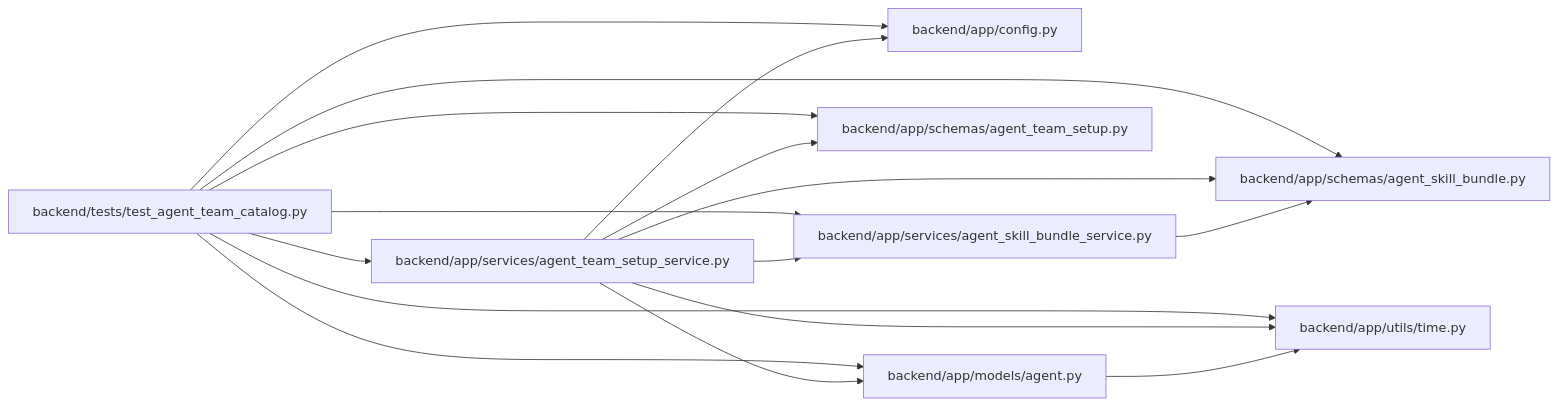
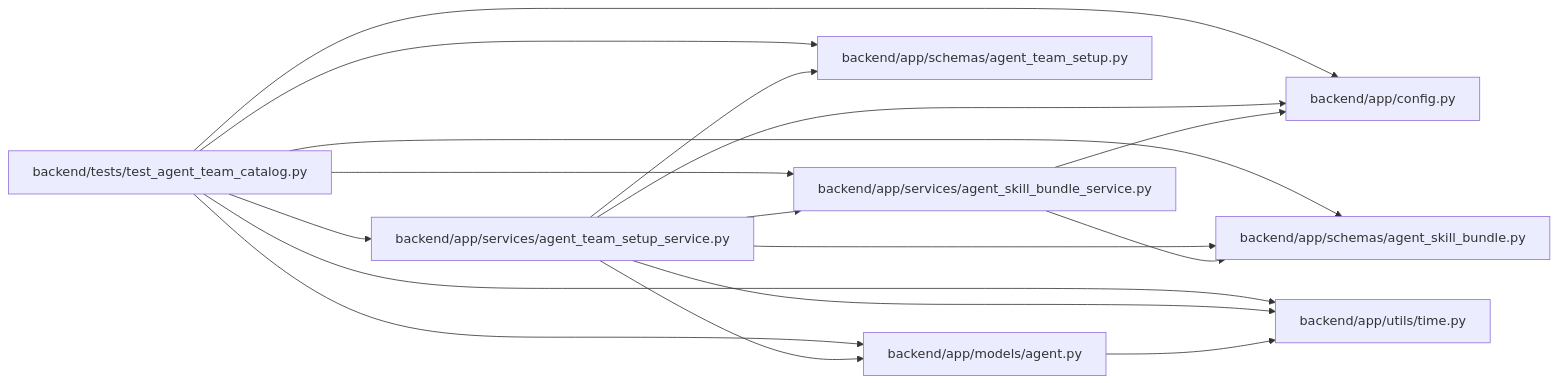
One commit to Denissvgn/WorkChord changed the diagram in docs/llm_wiki/modules/test_agent_team_catalog.md. Above: the diagram before and after it, drawn with Mermaid. The commit also changed 25171 other files, not shown here.

````diff
--- a/docs/llm_wiki/modules/test_agent_team_catalog.md
+++ b/docs/llm_wiki/modules/test_agent_team_catalog.md
@@ -31,34 +31,35 @@
 ```mermaid
 flowchart LR
     n0["backend/app/config.py"]
     n1["backend/app/models/agent.py"]
     n2["backend/app/schemas/agent_skill_bundle.py"]
     n3["backend/app/schemas/agent_team_setup.py"]
     n4["backend/app/services/agent_skill_bundle_service.py"]
     n5["backend/app/services/agent_team_setup_service.py"]
     n6["backend/app/utils/time.py"]
     n7["backend/tests/test_agent_team_catalog.py"]
     n1 --> n6
+    n4 --> n0
     n4 --> n2
     n5 --> n0
     n5 --> n1
     n5 --> n2
     n5 --> n3
     n5 --> n4
     n5 --> n6
     n7 --> n0
     n7 --> n1
     n7 --> n2
     n7 --> n3
     n7 --> n4
     n7 --> n5
     n7 --> n6
     click n0 "../modules/config.md"
     click n1 "../modules/models_agent.md"
     click n2 "../modules/agent_skill_bundle.md"
     click n3 "../modules/agent_team_setup.md"
     click n4 "../modules/agent_skill_bundle_service.md"
     click n5 "../modules/agent_team_setup_service.md"
     click n6 "../modules/time.md"
     click n7 "../modules/test_agent_team_catalog.md"
 ```
````
